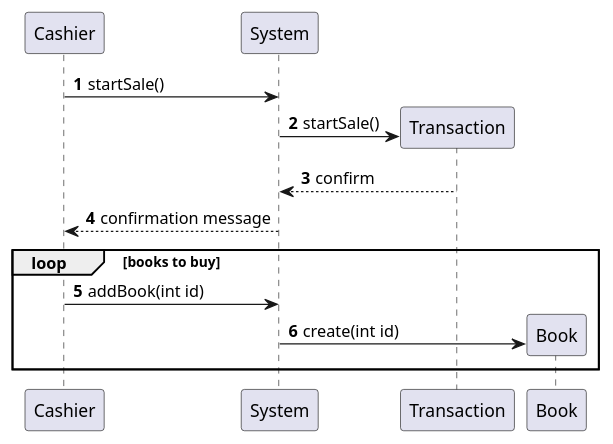
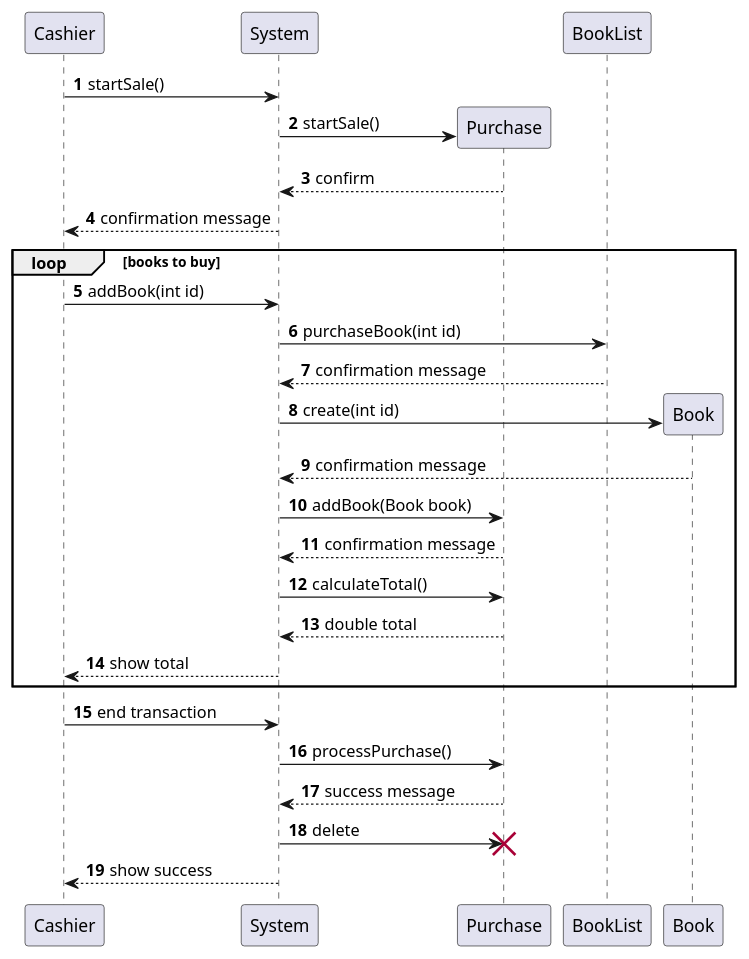
The diagram in diagrams/sequence diagrams/ProcessBookSale.puml (HabibaMekay/Bookstore-Management-System), drawn with PlantUML before and after one commit. The commit also changed 3 other files, not shown here.

Commit message:
Finished sequence diagrams and added more changes to class diagram

```diff
--- a/diagrams/sequence diagrams/ProcessBookSale.puml
+++ b/diagrams/sequence diagrams/ProcessBookSale.puml
@@ -1,17 +1,29 @@
 @startuml
 'https://plantuml.com/sequence-diagram
 
 autonumber
 
 Cashier -> System: startSale()
 
-System-> Transaction **: startSale()
-Transaction --> System: confirm
+System-> Purchase **: startSale()
+Purchase --> System: confirm
 System --> Cashier: confirmation message
 loop books to buy
 Cashier -> System: addBook(int id)
+System -> BookList: purchaseBook(int id)
+BookList --> System: confirmation message
 System -> Book **: create(int id)
-
+Book --> System: confirmation message
+System -> Purchase: addBook(Book book)
+Purchase --> System: confirmation message
+System -> Purchase: calculateTotal()
+Purchase --> System: double total
+System --> Cashier: show total
 end
+Cashier -> System: end transaction
+System -> Purchase: processPurchase()
+Purchase --> System: success message
+System -> Purchase !!: delete
+System --> Cashier: show success
 
 @enduml
```
